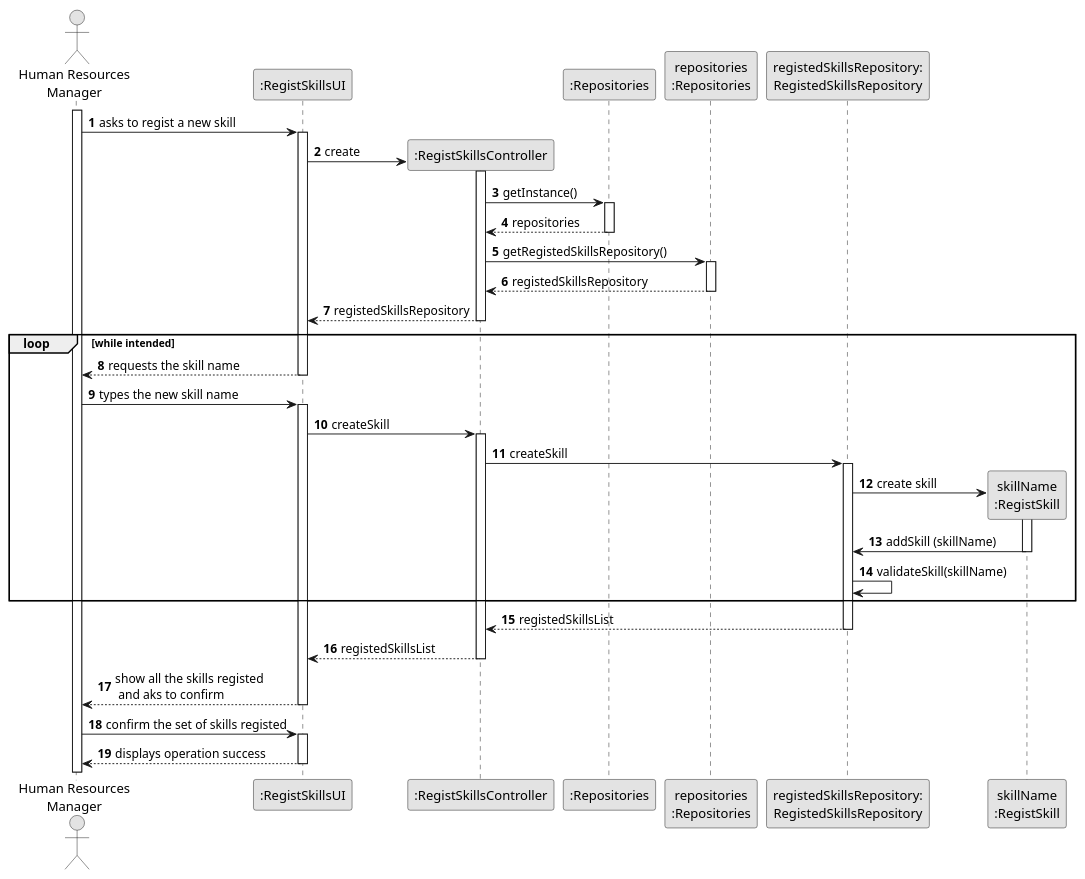
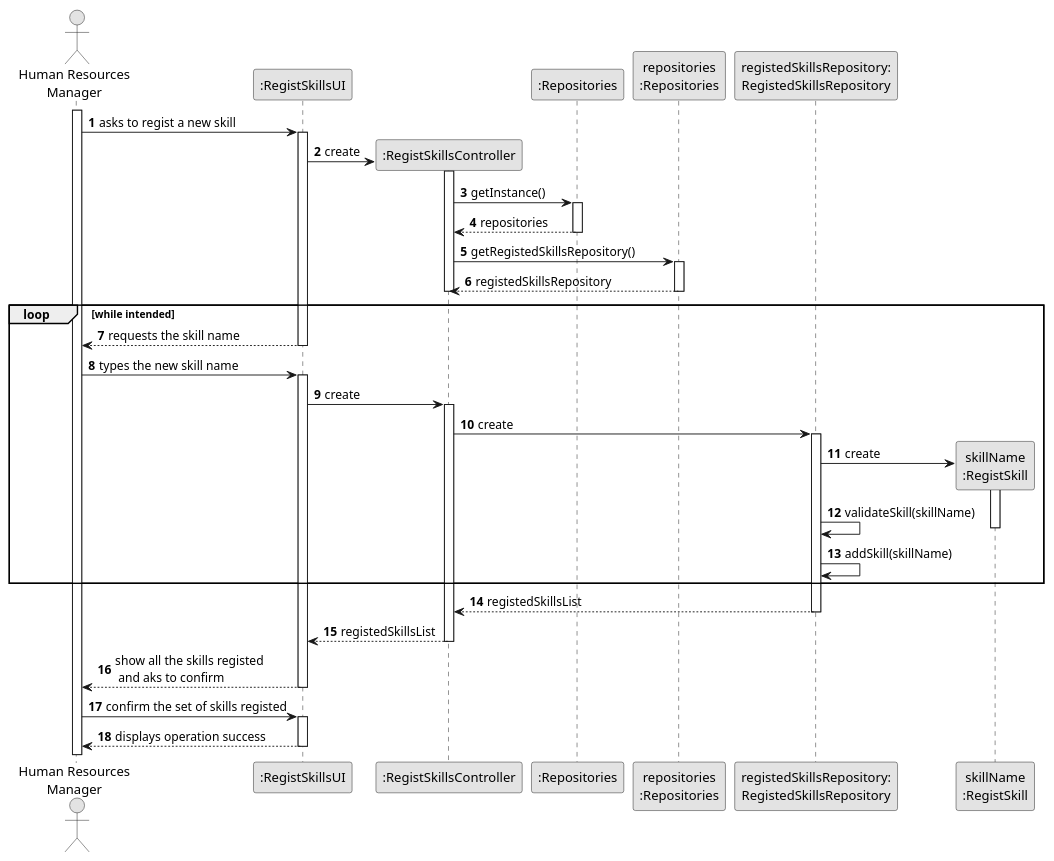
One commit to 1231360-ISEP/lei-24-s2-1db-g021 changed the diagram in docs/sprint2/us001/03.design/puml/us001-sequence-diagram-full.puml. Above: the diagram before and after it, drawn with PlantUML. The commit also changed 5 other files, not shown here.

Commit message:
Update US01 and US05 - Sequence Diagrams and SVG´s

```diff
--- a/docs/sprint2/us001/03.design/puml/us001-sequence-diagram-full.puml
+++ b/docs/sprint2/us001/03.design/puml/us001-sequence-diagram-full.puml
@@ -1,80 +1,80 @@
 @startuml
 skinparam monochrome true
 skinparam packageStyle rectangle
 skinparam shadowing false
 
 actor "Human Resources\nManager" as HRM
 participant ":RegistSkillsUI" as UI
 participant ":RegistSkillsController" as CTRL
 participant ":Repositories" as RepositorySingleton
 participant "repositories\n:Repositories" as PLAT
 participant "registedSkillsRepository:\nRegistedSkillsRepository" as RegistedSkillsRepository
 participant "skillName\n:RegistSkill" as TAREFA
 
 autonumber 1
 
 activate HRM
 
     HRM -> UI : asks to regist a new skill
     activate UI
 
         UI -> CTRL** : create
 
         activate CTRL
 
         CTRL -> RepositorySingleton : getInstance()
         activate RepositorySingleton
 
             RepositorySingleton --> CTRL: repositories
         deactivate RepositorySingleton
 
         CTRL -> PLAT : getRegistedSkillsRepository()
         activate PLAT
 
             PLAT --> CTRL: registedSkillsRepository
         deactivate PLAT
 
-        UI <-- CTRL : registedSkillsRepository
+       ' UI <-- CTRL : registedSkillsRepository
         deactivate CTRL
 
     loop while intended
             UI --> HRM : requests the skill name
         deactivate UI
 
-        HRM -> UI : types the new skill name
+            HRM -> UI : types the new skill name
         activate UI
-            UI -> CTRL: createSkill
+
+            UI -> CTRL: create
         activate CTRL
 
-            CTRL -> RegistedSkillsRepository : createSkill
+            CTRL -> RegistedSkillsRepository : create
         activate RegistedSkillsRepository
 
-            RegistedSkillsRepository -> TAREFA**: create skill
-
+            RegistedSkillsRepository -> TAREFA**: create
         activate TAREFA
 
-        TAREFA -> RegistedSkillsRepository: addSkill (skillName)
+        RegistedSkillsRepository -> RegistedSkillsRepository: validateSkill(skillName)
         deactivate TAREFA
-            RegistedSkillsRepository -> RegistedSkillsRepository: validateSkill(skillName)
+        RegistedSkillsRepository -> RegistedSkillsRepository: addSkill(skillName)
 
     end
 
     RegistedSkillsRepository --> CTRL : registedSkillsList
     deactivate RegistedSkillsRepository
 
     CTRL --> UI : registedSkillsList
     deactivate CTRL
 
     UI --> HRM : show all the skills registed\n and aks to confirm
 
     deactivate CTRL
     deactivate UI
 
     HRM -> UI : confirm the set of skills registed
     activate UI
 
     UI --> HRM : displays operation success
     deactivate UI
 
 
 @enduml
```
